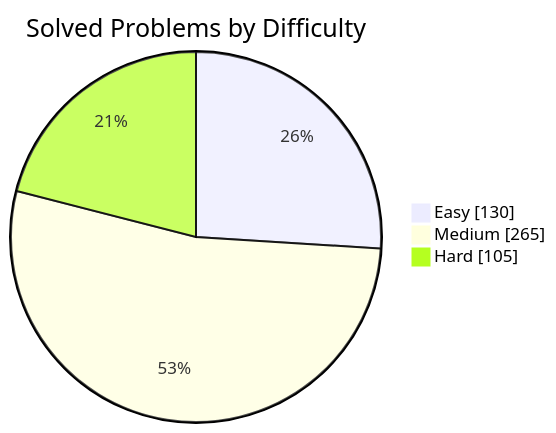
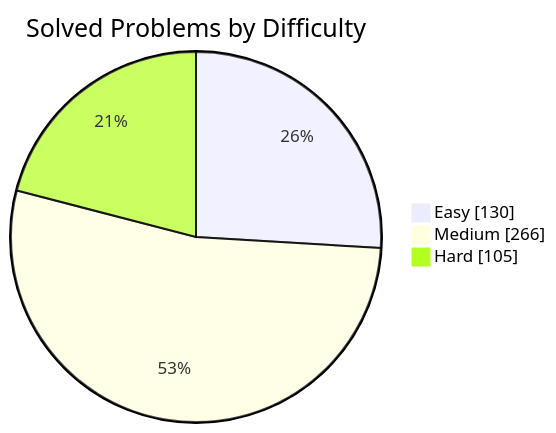
Before and after one commit to manikantbindass/DSA-Preparation-FAANG: the first of 2 diagrams in README.md, drawn with Mermaid. The commit also changed other lines of this file and 1 other file, not shown here.

````diff
--- a/README.md
+++ b/README.md
@@ -77,7 +77,7 @@
 ```mermaid
 pie showData
     title Solved Problems by Difficulty
     "Easy" : 130
-    "Medium" : 265
+    "Medium" : 266
     "Hard" : 105
 ```
````
